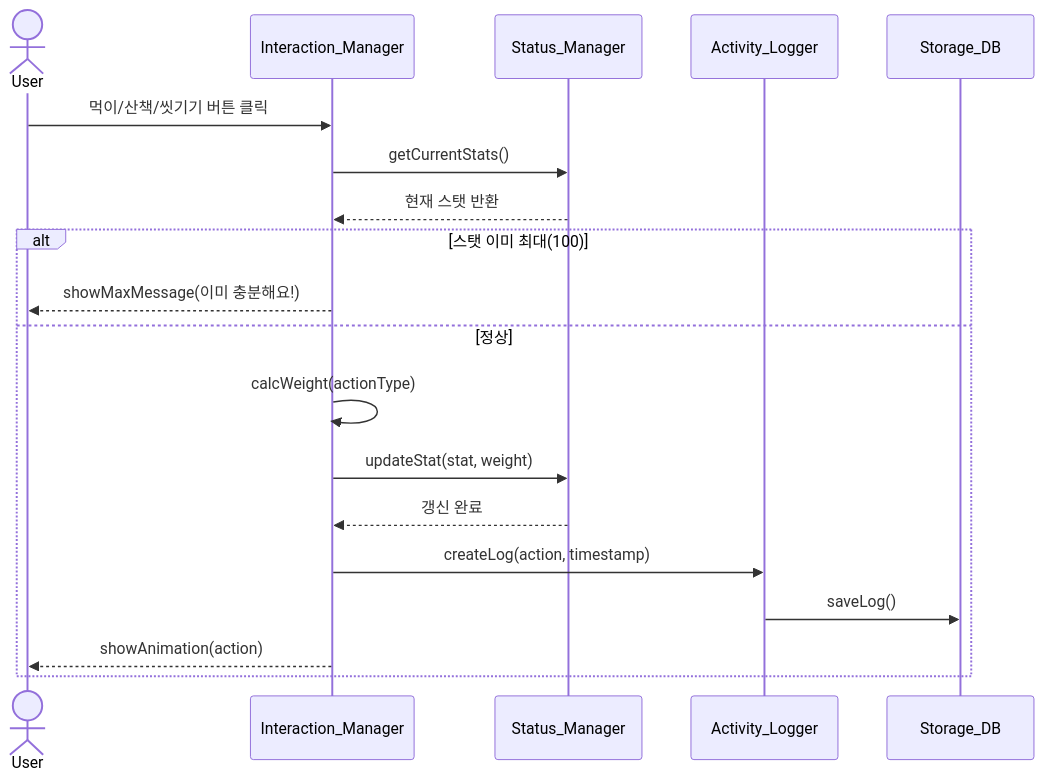
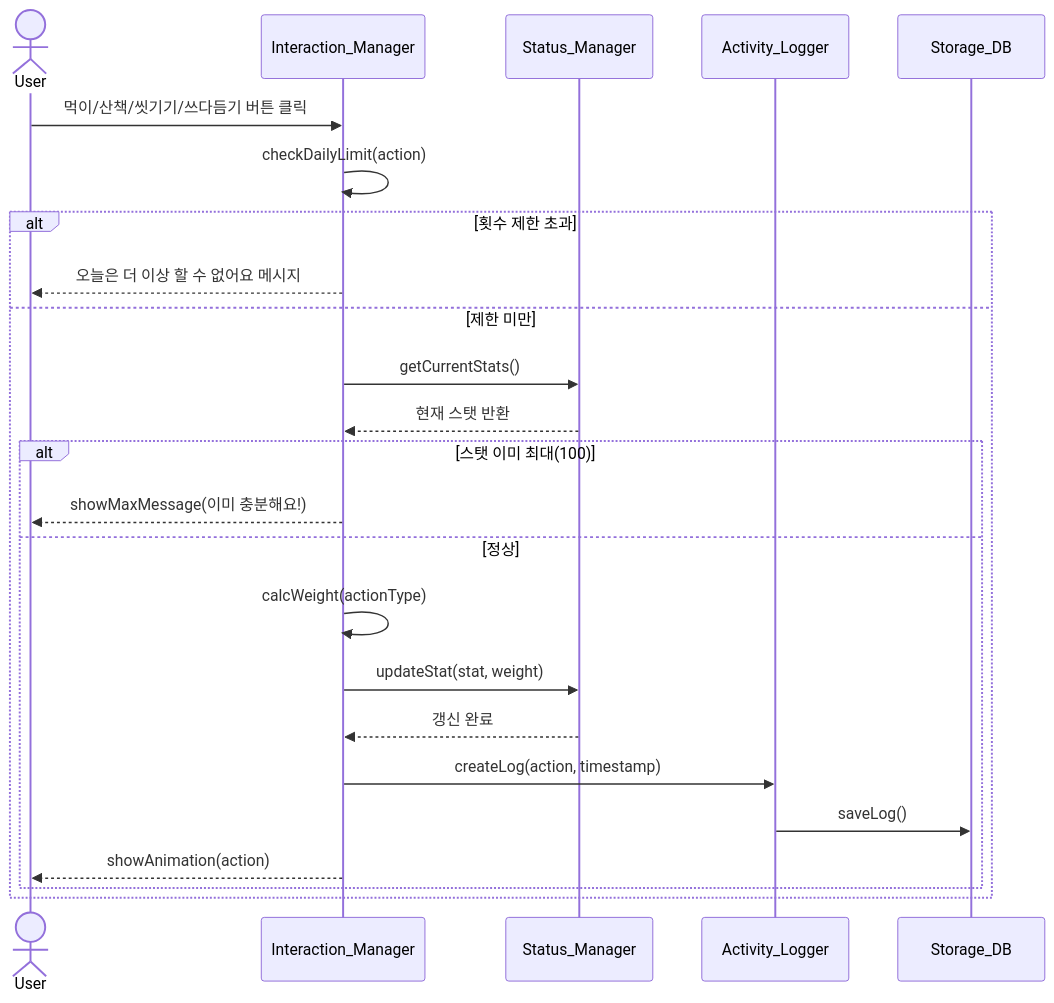
Before and after one commit to silver-hye/Log_Pet: the seventh of 20 diagrams in design.md, drawn with Mermaid. The commit also changed other lines of this file, not shown here.

````diff
--- a/design.md
+++ b/design.md
@@ -798,22 +956,27 @@
 ```mermaid
 sequenceDiagram
   actor User
   participant IM as Interaction_Manager
   participant SM as Status_Manager
   participant AL as Activity_Logger
   participant DB as Storage_DB
 
-  User->>IM: 먹이/산책/씻기기 버튼 클릭
-  IM->>SM: getCurrentStats()
-  SM-->>IM: 현재 스탯 반환
-  alt 스탯 이미 최대(100)
-    IM-->>User: showMaxMessage(이미 충분해요!)
-  else 정상
-    IM->>IM: calcWeight(actionType)
-    IM->>SM: updateStat(stat, weight)
-    SM-->>IM: 갱신 완료
-    IM->>AL: createLog(action, timestamp)
-    AL->>DB: saveLog()
-    IM-->>User: showAnimation(action)
+  User->>IM: 먹이/산책/씻기기/쓰다듬기 버튼 클릭
+  IM->>IM: checkDailyLimit(action)
+  alt 횟수 제한 초과
+    IM-->>User: 오늘은 더 이상 할 수 없어요 메시지
+  else 제한 미만
+    IM->>SM: getCurrentStats()
+    SM-->>IM: 현재 스탯 반환
+    alt 스탯 이미 최대(100)
+      IM-->>User: showMaxMessage(이미 충분해요!)
+    else 정상
+      IM->>IM: calcWeight(actionType)
+      IM->>SM: updateStat(stat, weight)
+      SM-->>IM: 갱신 완료
+      IM->>AL: createLog(action, timestamp)
+      AL->>DB: saveLog()
+      IM-->>User: showAnimation(action)
+    end
   end
 ```
````
